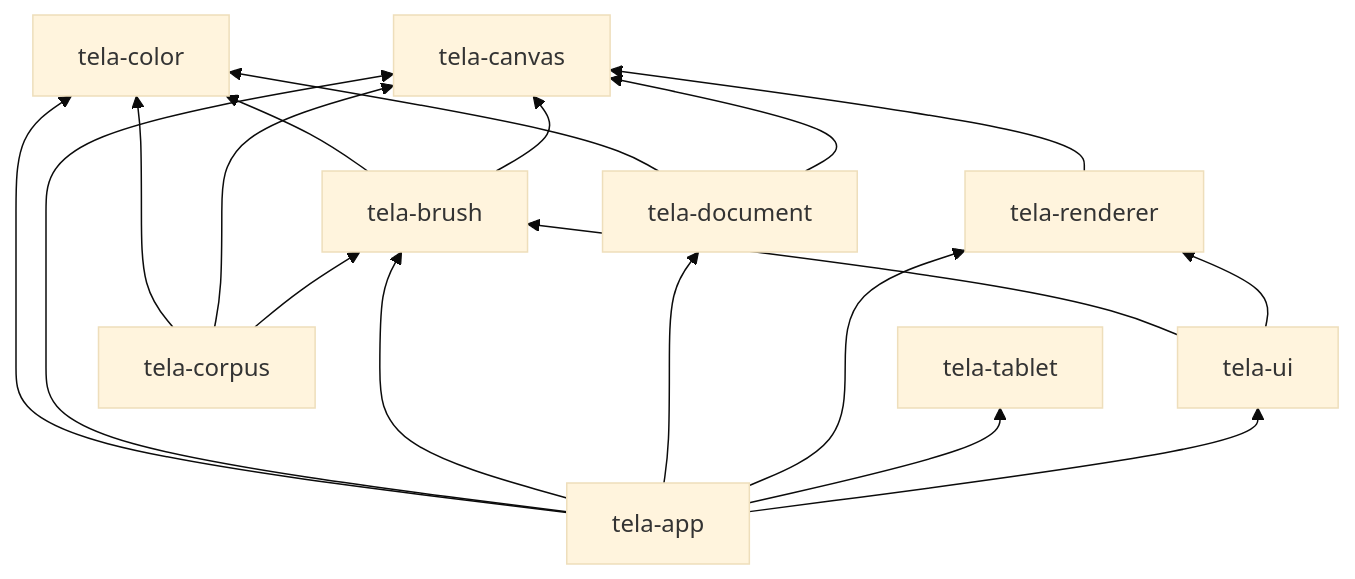
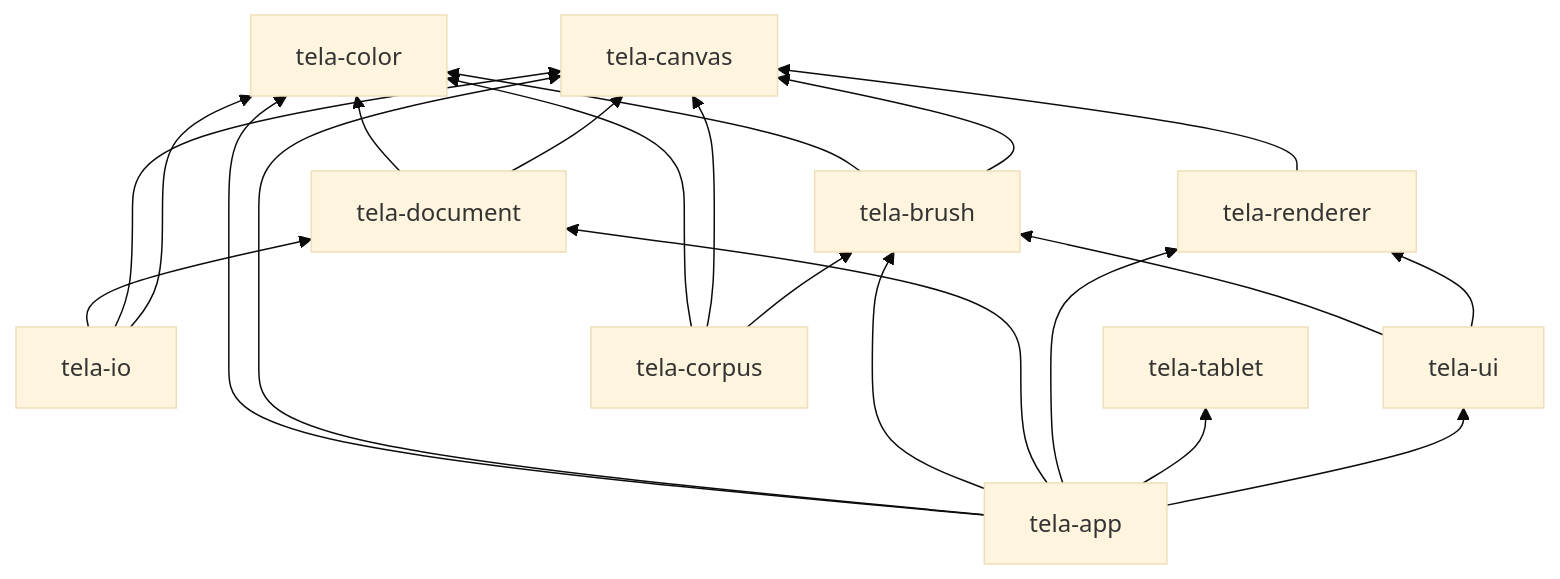
Before and after one commit to Caayu/Mirae: the diagram in docs/architecture/crate-dependencies.md, drawn with Mermaid (base theme). The commit also changed other lines of this file and 22 other files, not shown here.

````diff
--- a/docs/architecture/crate-dependencies.md
+++ b/docs/architecture/crate-dependencies.md
@@ -12,30 +12,34 @@
 ```mermaid
 graph BT
     color[tela-color]
     canvas[tela-canvas]
     brush[tela-brush]
     document[tela-document]
+    io[tela-io]
     renderer[tela-renderer]
     tablet[tela-tablet]
     ui[tela-ui]
     corpus[tela-corpus]
     app[tela-app]
 
     brush --> color
     brush --> canvas
     document --> color
     document --> canvas
+    io --> document
+    io --> canvas
+    io --> color
     renderer --> canvas
     ui --> brush
     ui --> renderer
     corpus --> color
     corpus --> canvas
     corpus --> brush
     app --> color
     app --> canvas
     app --> brush
     app --> document
     app --> renderer
     app --> tablet
     app --> ui
 ```
````
